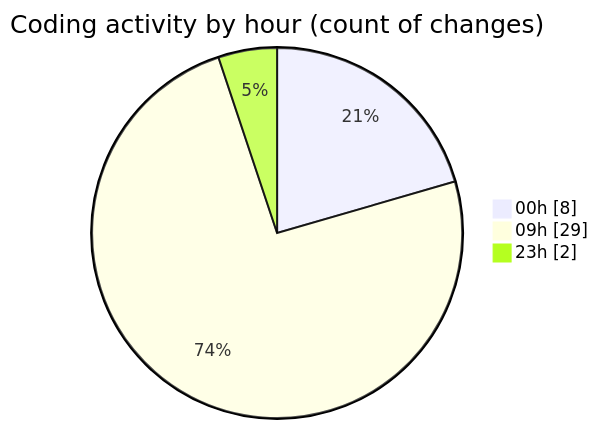
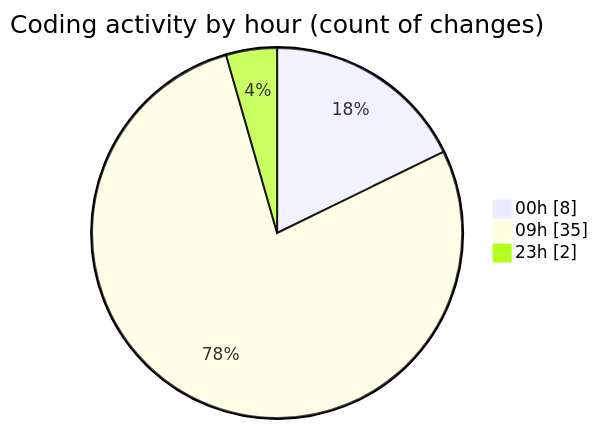
One commit to momahboobian/code-tracking changed the second of 2 diagrams in 2025-12-18/cda/README.md. Above: the diagram before and after it, drawn with Mermaid. The commit also changed other lines of this file and 1 other file, not shown here.

````diff
--- a/2025-12-18/cda/README.md
+++ b/2025-12-18/cda/README.md
@@ -45,7 +45,7 @@
 ```mermaid
 pie showData
 title Coding activity by hour (count of changes)
 "00h" : 8
-"09h" : 29
+"09h" : 35
 "23h" : 2
 ```
````
